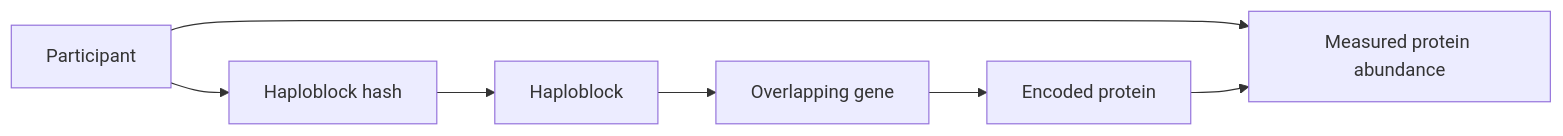
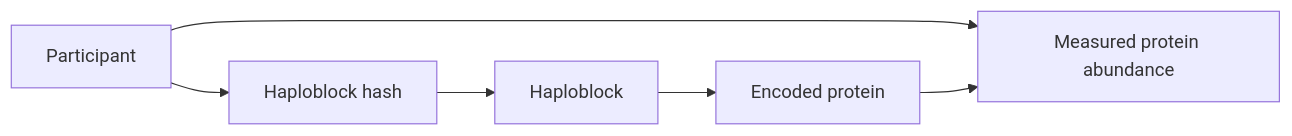
The diagram in README.md (collaborativebioinformatics/ProGenome), drawn with Mermaid before and after one commit. The commit also changed other lines of this file, not shown here.

````diff
--- a/README.md
+++ b/README.md
@@ -65,9 +63,8 @@
 ```mermaid
 flowchart LR
     P["Participant"] --> H["Haploblock hash"]
     H --> B["Haploblock"]
-    B --> G["Overlapping gene"]
-    G --> R["Encoded protein"]
+    B --> R["Encoded protein"]
     P --> A["Measured protein abundance"]
     R --> A
 ```
````
